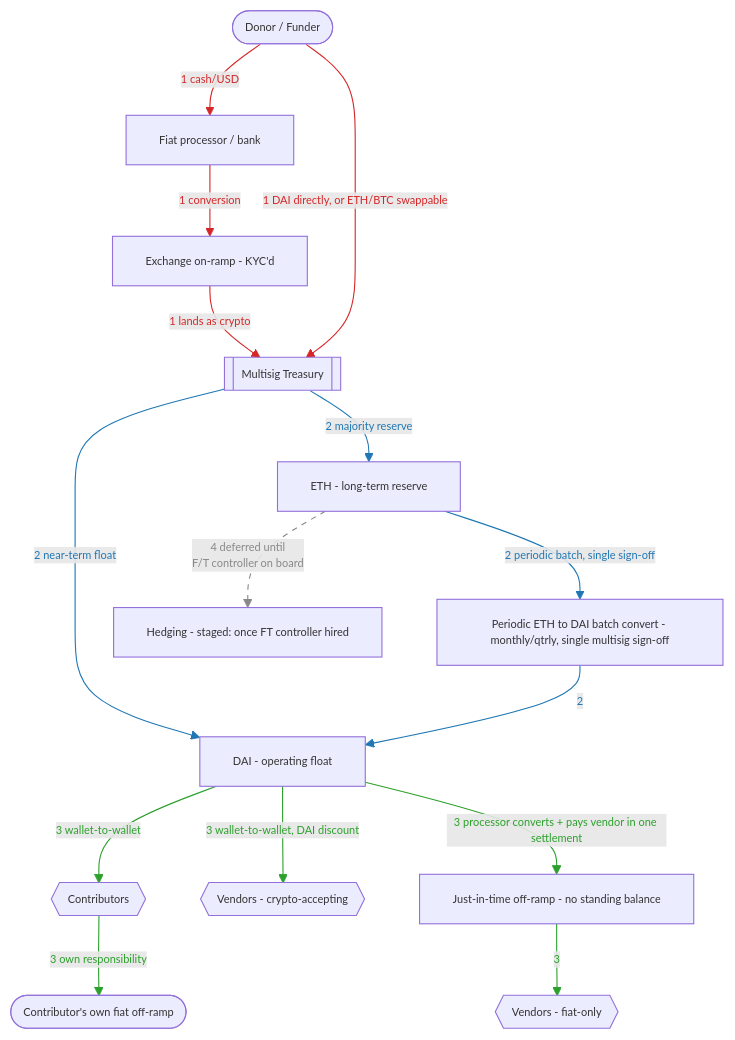
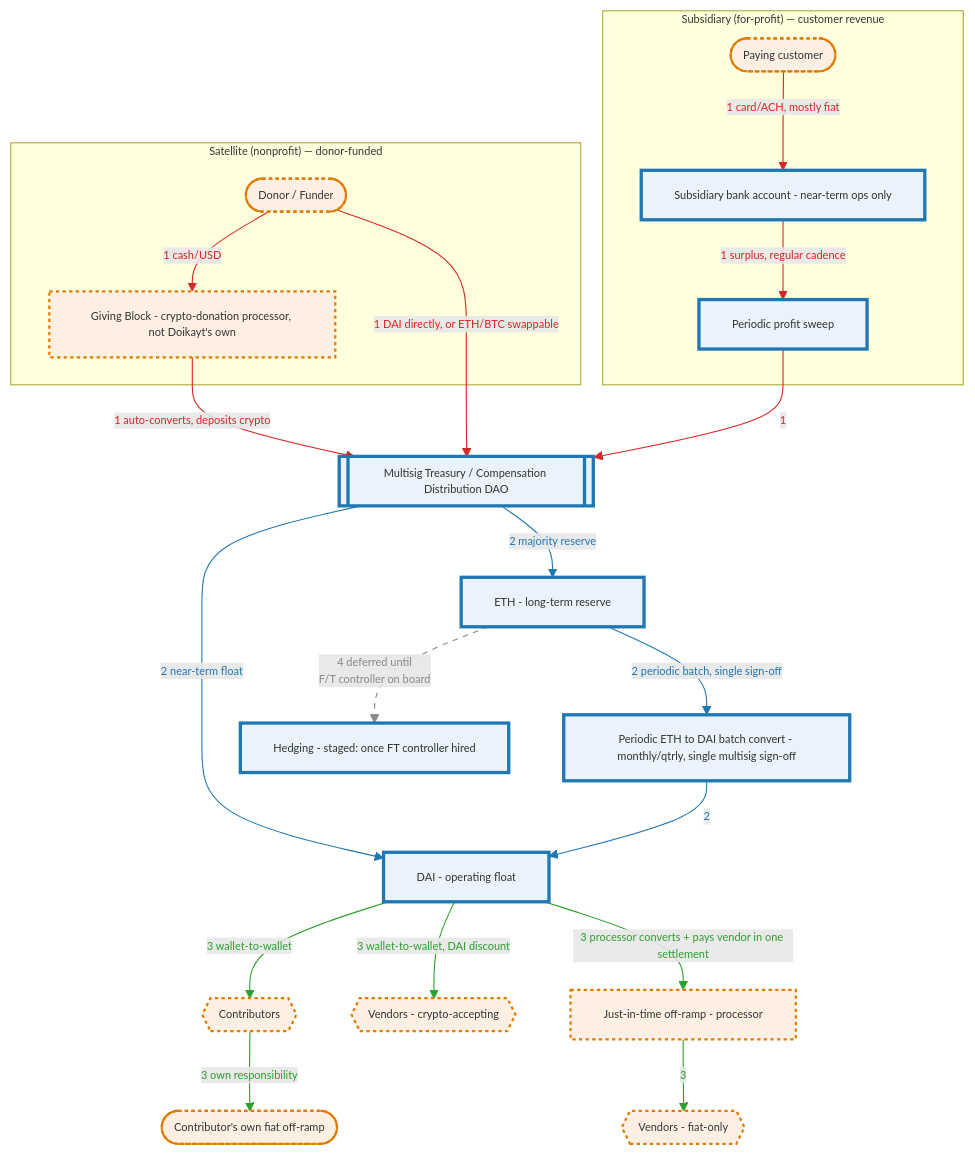
Before and after one commit to doikayt/admin: the third of 4 diagrams in governance/commons-hub-pattern.md, drawn with Mermaid.

Commit message:
docs: add subsidiary revenue inflow and ownership color-coding to diagram
Splits inflow into two subgraphs - Satellite (donor-funded, via
Giving Block as a named third-party crypto-donation processor, not
Doikayt's own account) and Subsidiary (customer revenue, mostly
fiat, swept periodically into the shared treasury) - matching the
doc's existing top-level claim that donors fund Satellites and
customers fund subsidiaries into one Compensation Distribution DAO.

Adds a classDef-based border convention: blue/solid for anything the
collective actually owns and controls, orange/dashed for external
accounts and relationships (Giving Block, vendors, off-ramps,
contributors' own wallets) - makes exposure ownership visually
explicit rather than implied.

````diff
--- a/governance/commons-hub-pattern.md
+++ b/governance/commons-hub-pattern.md
@@ -880,40 +880,56 @@
 ```mermaid
 %%{init: {"themeVariables": {"fontSize": "10px"}}}%%
 flowchart TD
-    Donor([Donor / Funder])
-    FiatRail[Fiat processor / bank]
-    OnRamp[Exchange on-ramp - KYC'd]
-    Treasury[[Multisig Treasury]]
+    subgraph SAT["Satellite (nonprofit) — donor-funded"]
+        Donor([Donor / Funder])
+        DonationProcessor[Giving Block - crypto-donation processor, not Doikayt's own]
+    end
+
+    subgraph SUB["Subsidiary (for-profit) — customer revenue"]
+        Customer([Paying customer])
+        SubBank[Subsidiary bank account - near-term ops only]
+        Sweep[Periodic profit sweep]
+    end
+
+    Treasury[[Multisig Treasury / Compensation Distribution DAO]]
     BatchConvert[Periodic ETH to DAI batch convert - monthly/qtrly, single multisig sign-off]
     DAIFloat[DAI - operating float]
     ETHReserve[ETH - long-term reserve]
     Contributors{{Contributors}}
     ContribOfframp([Contributor's own fiat off-ramp])
     VendorsCrypto{{Vendors - crypto-accepting}}
-    OffRampJIT[Just-in-time off-ramp - no standing balance]
+    OffRampJIT[Just-in-time off-ramp - processor]
     VendorsFiat{{Vendors - fiat-only}}
     Hedge[Hedging - staged: once FT controller hired]
 
-    Donor -- "1 cash/USD" --> FiatRail
-    FiatRail -- "1 conversion" --> OnRamp
-    OnRamp -- "1 lands as crypto" --> Treasury
+    Donor -- "1 cash/USD" --> DonationProcessor
+    DonationProcessor -- "1 auto-converts, deposits crypto" --> Treasury
     Donor -- "1 DAI directly, or ETH/BTC swappable" --> Treasury
+    Customer -- "1 card/ACH, mostly fiat" --> SubBank
+    SubBank -- "1 surplus, regular cadence" --> Sweep
+    Sweep -- "1" --> Treasury
 
     Treasury -- "2 near-term float" --> DAIFloat
     Treasury -- "2 majority reserve" --> ETHReserve
     ETHReserve -- "2 periodic batch, single sign-off" --> BatchConvert
     BatchConvert -- "2" --> DAIFloat
 
     DAIFloat -- "3 wallet-to-wallet" --> Contributors
     Contributors -- "3 own responsibility" --> ContribOfframp
     DAIFloat -- "3 wallet-to-wallet, DAI discount" --> VendorsCrypto
     DAIFloat -- "3 processor converts + pays vendor in one settlement" --> OffRampJIT
     OffRampJIT -- "3" --> VendorsFiat
 
     ETHReserve -.->|"4 deferred until<br/>F/T controller on board"| Hedge
 
-    linkStyle 0,1,2,3 stroke:#d62728,color:#d62728
-    linkStyle 4,5,6,7 stroke:#1f77b4,color:#1f77b4
-    linkStyle 8,9,10,11,12 stroke:#2ca02c,color:#2ca02c
-    linkStyle 13 stroke:#888888,color:#888888,stroke-dasharray: 5 5
+    linkStyle 0,1,2,3,4,5 stroke:#d62728,color:#d62728
+    linkStyle 6,7,8,9 stroke:#1f77b4,color:#1f77b4
+    linkStyle 10,11,12,13,14 stroke:#2ca02c,color:#2ca02c
+    linkStyle 15 stroke:#888888,color:#888888,stroke-dasharray: 5 5
+
+    classDef owned fill:#eaf2fb,stroke:#1f77b4,stroke-width:3px
+    classDef external fill:#fdf0e3,stroke:#e07b00,stroke-width:2px,stroke-dasharray:3 3
+    class Treasury,SubBank,Sweep,BatchConvert,DAIFloat,ETHReserve,Hedge owned
+    class Donor,DonationProcessor,Customer,Contributors,ContribOfframp external
+    class VendorsCrypto,OffRampJIT,VendorsFiat external
 ```
````
